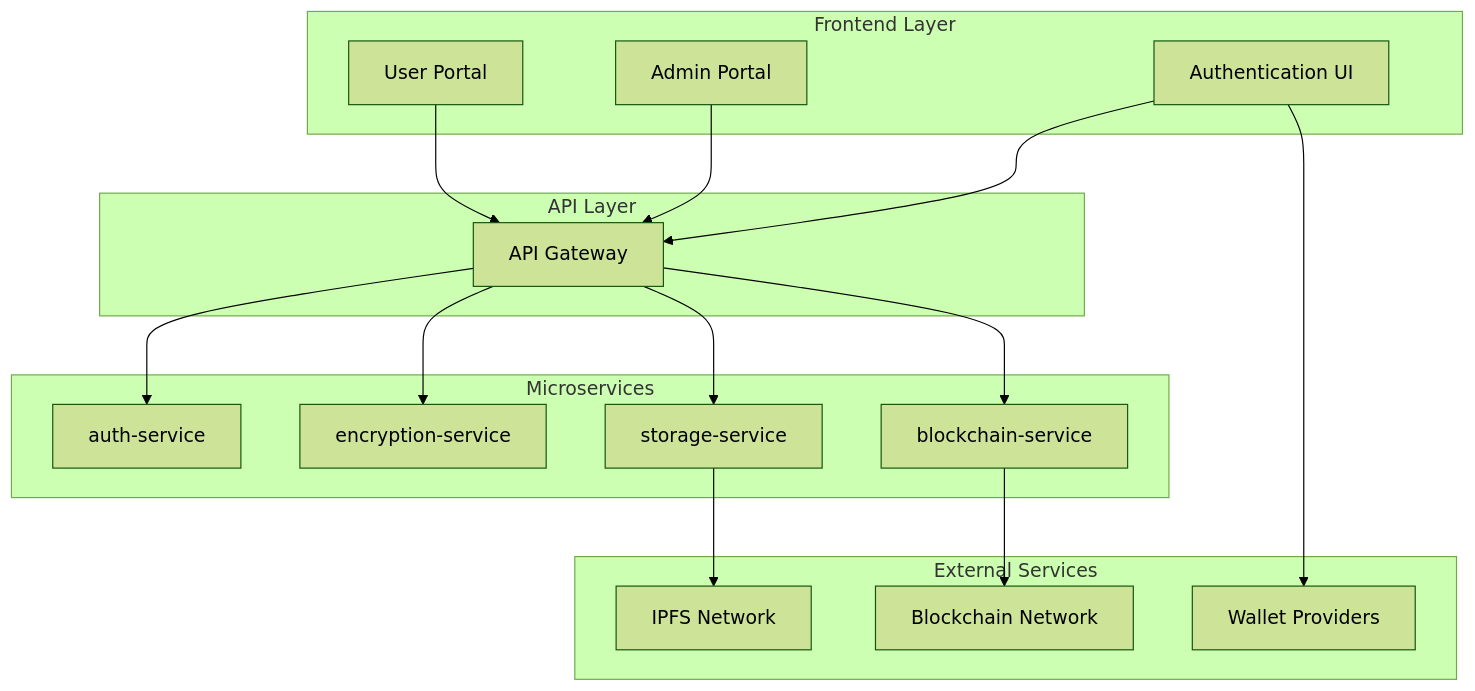
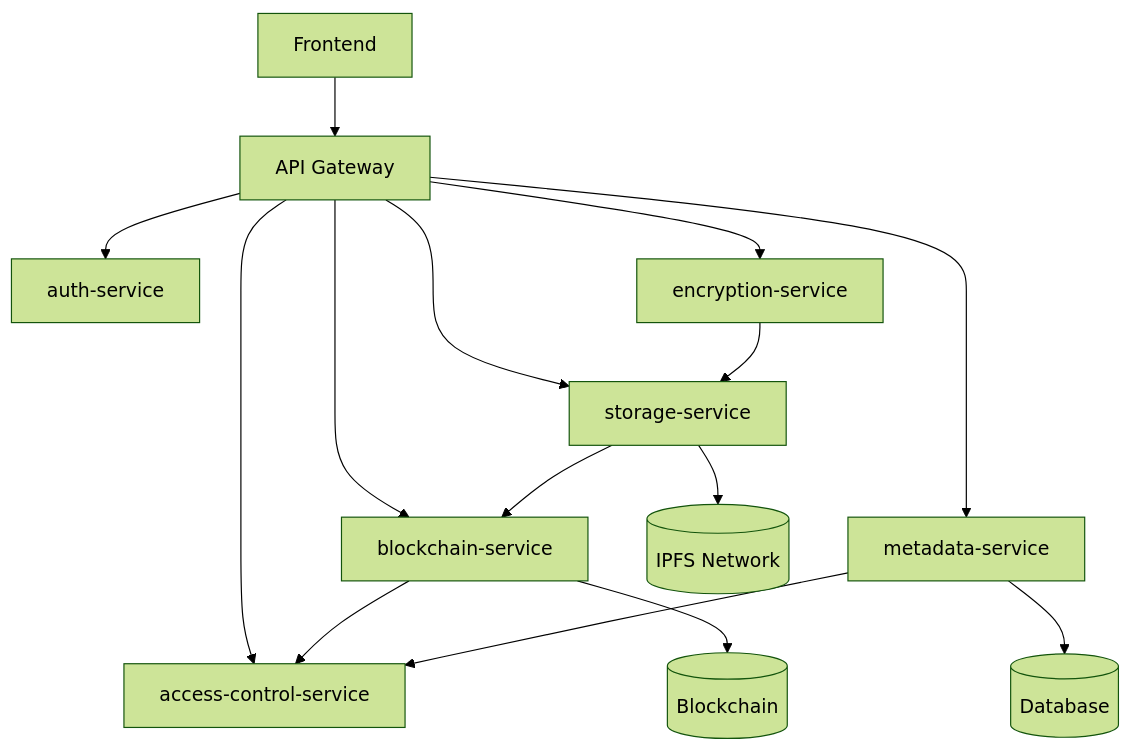
The first of 2 diagrams in README.md (MossabMilha/OM-VaultChain), drawn with Mermaid (forest theme) before and after one commit. The commit also changed other lines of this file, not shown here.

````diff
--- a/README.md
+++ b/README.md
@@ -32,36 +783,19 @@
 ```mermaid
 graph TB
-    subgraph "Frontend Layer"
-        A[User Portal] 
-        B[Admin Portal]
-        C[Authentication UI]
-    end
+    FE[Frontend] --> AG[API Gateway]
+    AG --> AS[auth-service]
+    AG --> ES[encryption-service]
+    AG --> SS[storage-service]
+    AG --> BS[blockchain-service]
+    AG --> ACS[access-control-service]
+    AG --> MS[metadata-service]
     
-    subgraph "API Layer"
-        D[API Gateway]
-    end
+    ES --> SS
+    SS --> BS
+    BS --> ACS
+    MS --> ACS
     
-    subgraph "Microservices"
-        E[auth-service]
-        F[encryption-service]
-        G[storage-service]
-        H[blockchain-service]
-    end
-    
-    subgraph "External Services"
-        I[IPFS Network]
-        J[Blockchain Network]
-        K[Wallet Providers]
-    end
-    
-    A --> D
-    B --> D
-    C --> D
-    D --> E
-    D --> F
-    D --> G
-    D --> H
-    G --> I
-    H --> J
-    C --> K
+    SS --> IPFS[(IPFS Network)]
+    BS --> BC[(Blockchain)]
+    MS --> DB[(Database)]
 ```
````
